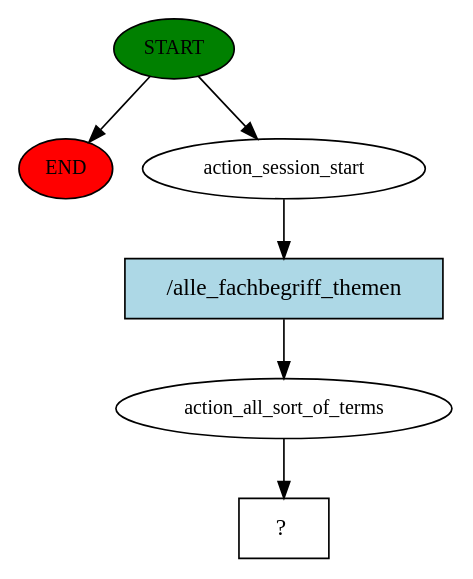
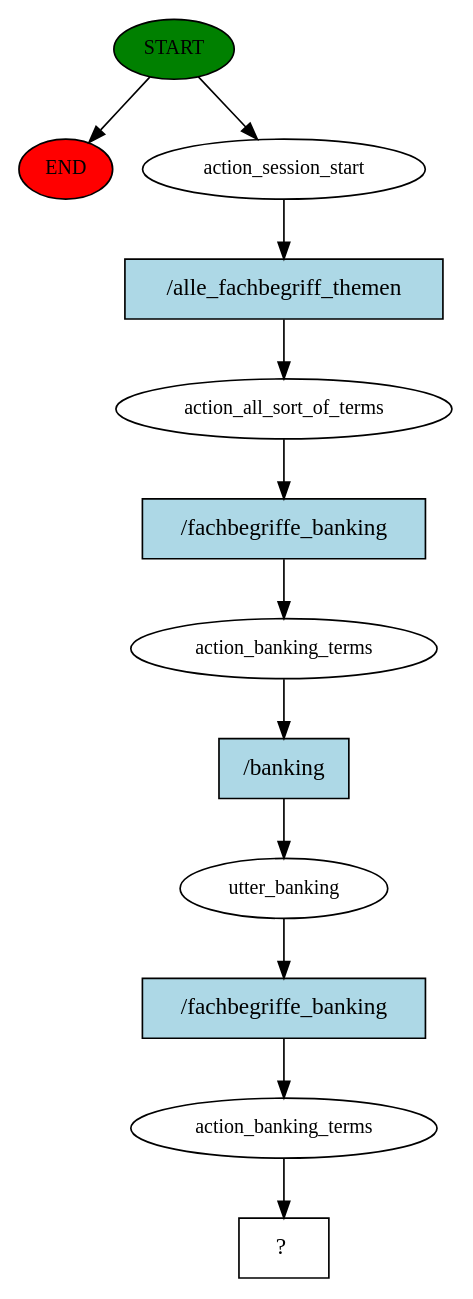
One commit to se-labor/alfa-bot-chatbots changed the diagram in story_graph.dot. Above: the diagram before and after it, drawn with Graphviz. The commit also changed 6 other files, not shown here.

```diff
--- a/story_graph.dot
+++ b/story_graph.dot
@@ -1,13 +1,25 @@
 digraph  {
 0 [class="start active", fillcolor=green, fontsize=12, label=START, style=filled];
 "-1" [class=end, fillcolor=red, fontsize=12, label=END, style=filled];
 1 [class=active, fontsize=12, label=action_session_start];
 2 [class=active, fontsize=12, label=action_all_sort_of_terms];
-3 [class="intent dashed active", label="  ?  ", shape=rect];
-4 [class="intent active", fillcolor=lightblue, label="/alle_fachbegriff_themen", shape=rect, style=filled];
+3 [class=active, fontsize=12, label=action_banking_terms];
+4 [class=active, fontsize=12, label=utter_banking];
+5 [class=active, fontsize=12, label=action_banking_terms];
+6 [class="intent dashed active", label="  ?  ", shape=rect];
+7 [class="intent active", fillcolor=lightblue, label="/alle_fachbegriff_themen", shape=rect, style=filled];
+8 [class="intent active", fillcolor=lightblue, label="/fachbegriffe_banking", shape=rect, style=filled];
+9 [class="intent active", fillcolor=lightblue, label="/banking", shape=rect, style=filled];
+10 [class="intent active", fillcolor=lightblue, label="/fachbegriffe_banking", shape=rect, style=filled];
 0 -> "-1"  [class="", key=NONE, label=""];
 0 -> 1  [class=active, key=NONE, label=""];
-1 -> 4  [class=active, key=0];
-2 -> 3  [class=active, key=NONE, label=""];
-4 -> 2  [class=active, key=0];
+1 -> 7  [class=active, key=0];
+2 -> 8  [class=active, key=0];
+3 -> 9  [class=active, key=0];
+4 -> 10  [class=active, key=0];
+5 -> 6  [class=active, key=NONE, label=""];
+7 -> 2  [class=active, key=0];
+8 -> 3  [class=active, key=0];
+9 -> 4  [class=active, key=0];
+10 -> 5  [class=active, key=0];
 }
```
